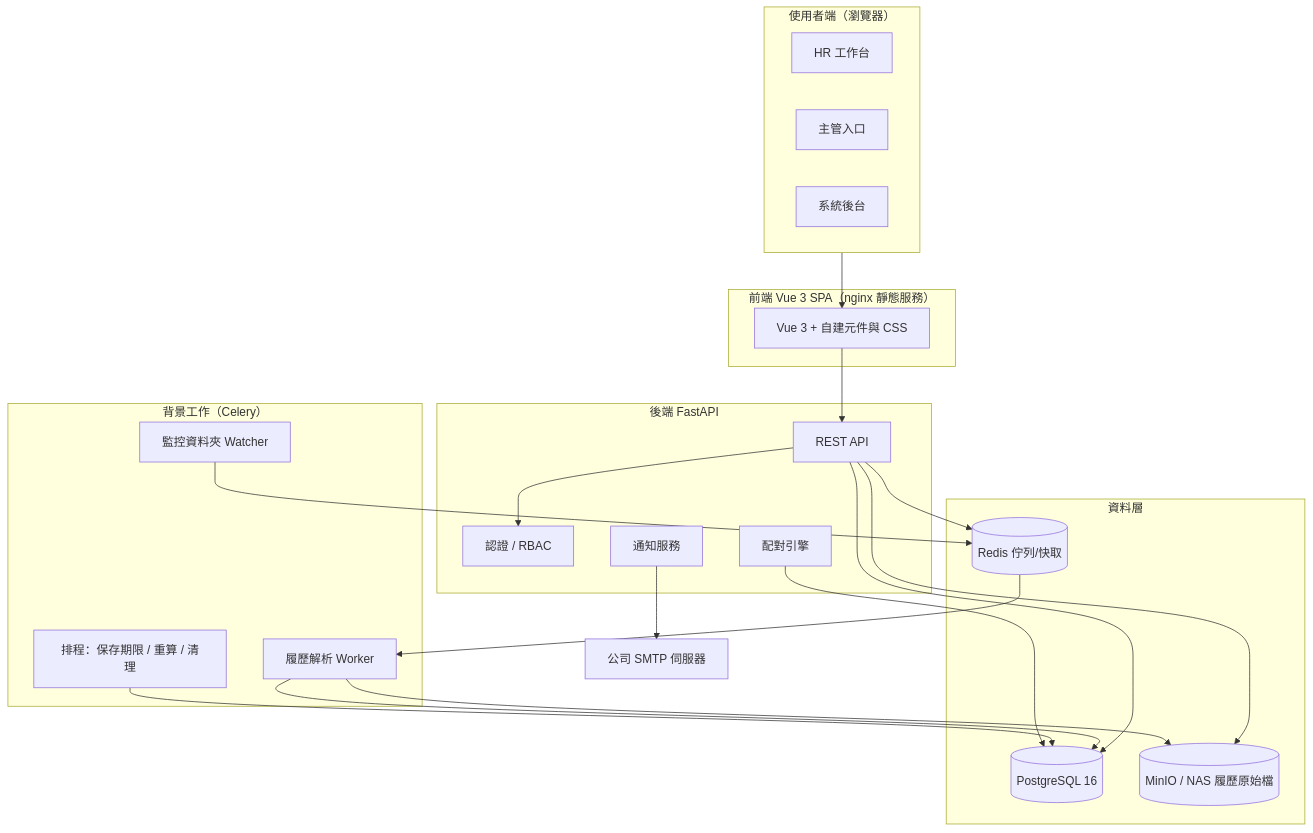
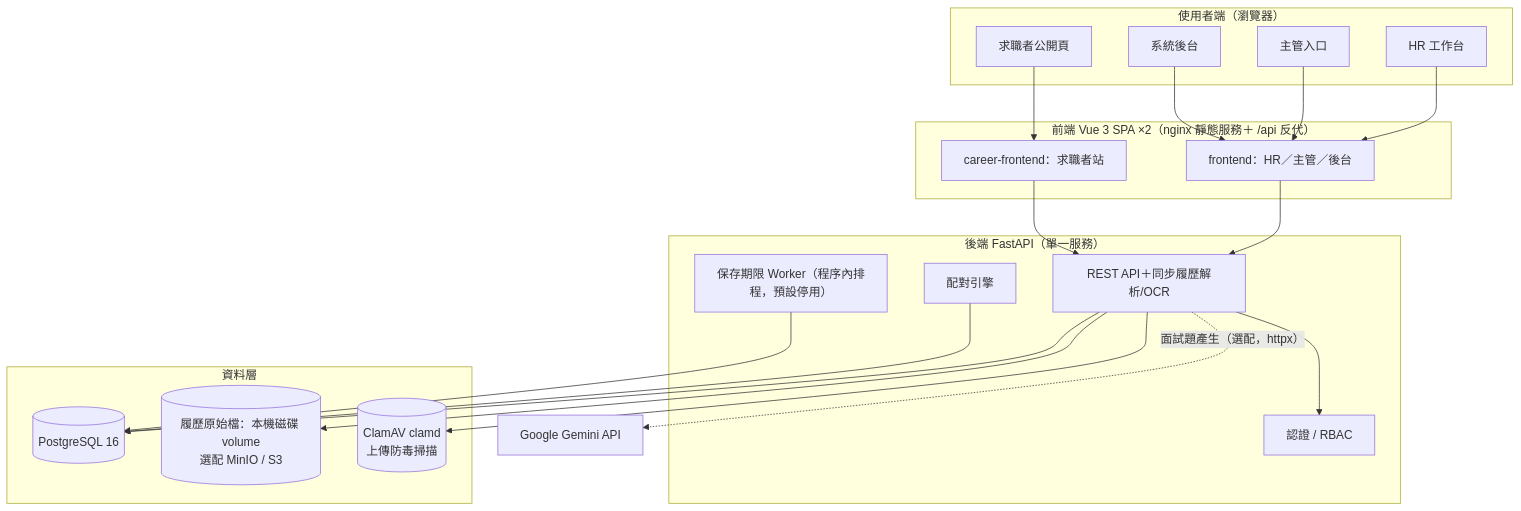
The first of 2 diagrams in docs/02-系統架構設計.md (yunzhenz-chainwin/Human-resources), drawn with Mermaid before and after one commit. The commit also changed other lines of this file and 19 other files, not shown here.

````diff
--- a/docs/02-系統架構設計.md
+++ b/docs/02-系統架構設計.md
@@ -11,39 +11,34 @@
 ```mermaid
 flowchart TB
     subgraph CLIENT[使用者端（瀏覽器）]
         HRUI[HR 工作台]
         MGRUI[主管入口]
         ADMUI[系統後台]
+        PUBUI[求職者公開頁]
     end
-    subgraph FE[前端 Vue 3 SPA（nginx 靜態服務）]
-        SPA[Vue 3 + 自建元件與 CSS]
+    subgraph FE[前端 Vue 3 SPA ×2（nginx 靜態服務＋ /api 反代）]
+        SPA[frontend：HR／主管／後台]
+        CAREER[career-frontend：求職者站]
     end
-    subgraph BE[後端 FastAPI]
-        API[REST API]
+    subgraph BE[後端 FastAPI（單一服務）]
+        API[REST API＋同步履歷解析/OCR]
         AUTHZ[認證 / RBAC]
         MATCH[配對引擎]
-        NOTI[通知服務]
-    end
-    subgraph WORKER[背景工作（Celery）]
-        PARSE[履歷解析 Worker]
-        WATCH[監控資料夾 Watcher]
-        SCHED[排程：保存期限 / 重算 / 清理]
+        RETAIN[保存期限 Worker（程序內排程，預設停用）]
     end
     subgraph DATA[資料層]
         PG[(PostgreSQL 16)]
-        REDIS[(Redis 佇列/快取)]
-        S3[(MinIO / NAS 履歷原始檔)]
+        FS[(履歷原始檔：本機磁碟 volume<br/>選配 MinIO / S3)]
+        CLAM[(ClamAV clamd<br/>上傳防毒掃描)]
     end
-    CLIENT --> SPA --> API
+    HRUI & MGRUI & ADMUI --> SPA
+    PUBUI --> CAREER
+    SPA & CAREER --> API
     API --> AUTHZ
     API --> PG
-    API --> REDIS
-    API --> S3
-    REDIS --> PARSE
-    PARSE --> PG
-    PARSE --> S3
-    WATCH --> REDIS
-    SCHED --> PG
+    API --> FS
+    API --> CLAM
     MATCH --> PG
-    NOTI --> SMTP[公司 SMTP 伺服器]
+    RETAIN --> PG
+    API -.->|面試題產生（選配，httpx）| GEMINI[Google Gemini API]
 ```
````
